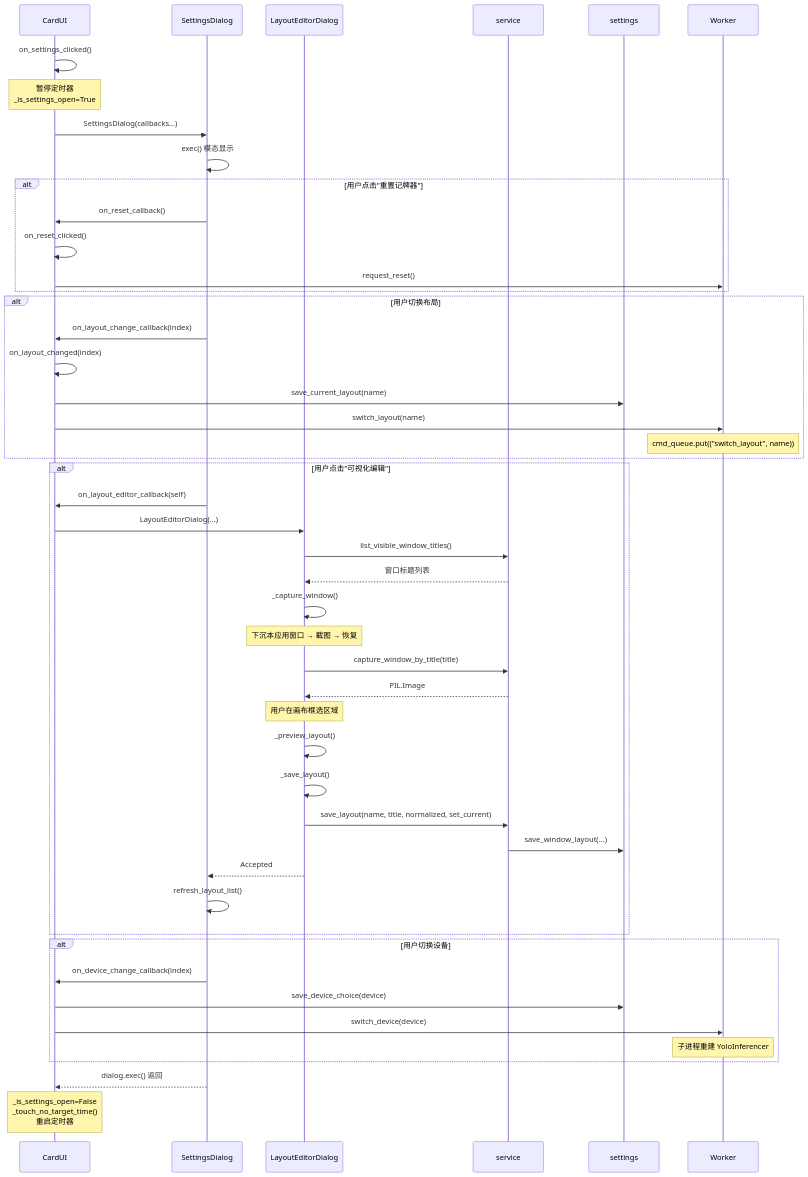
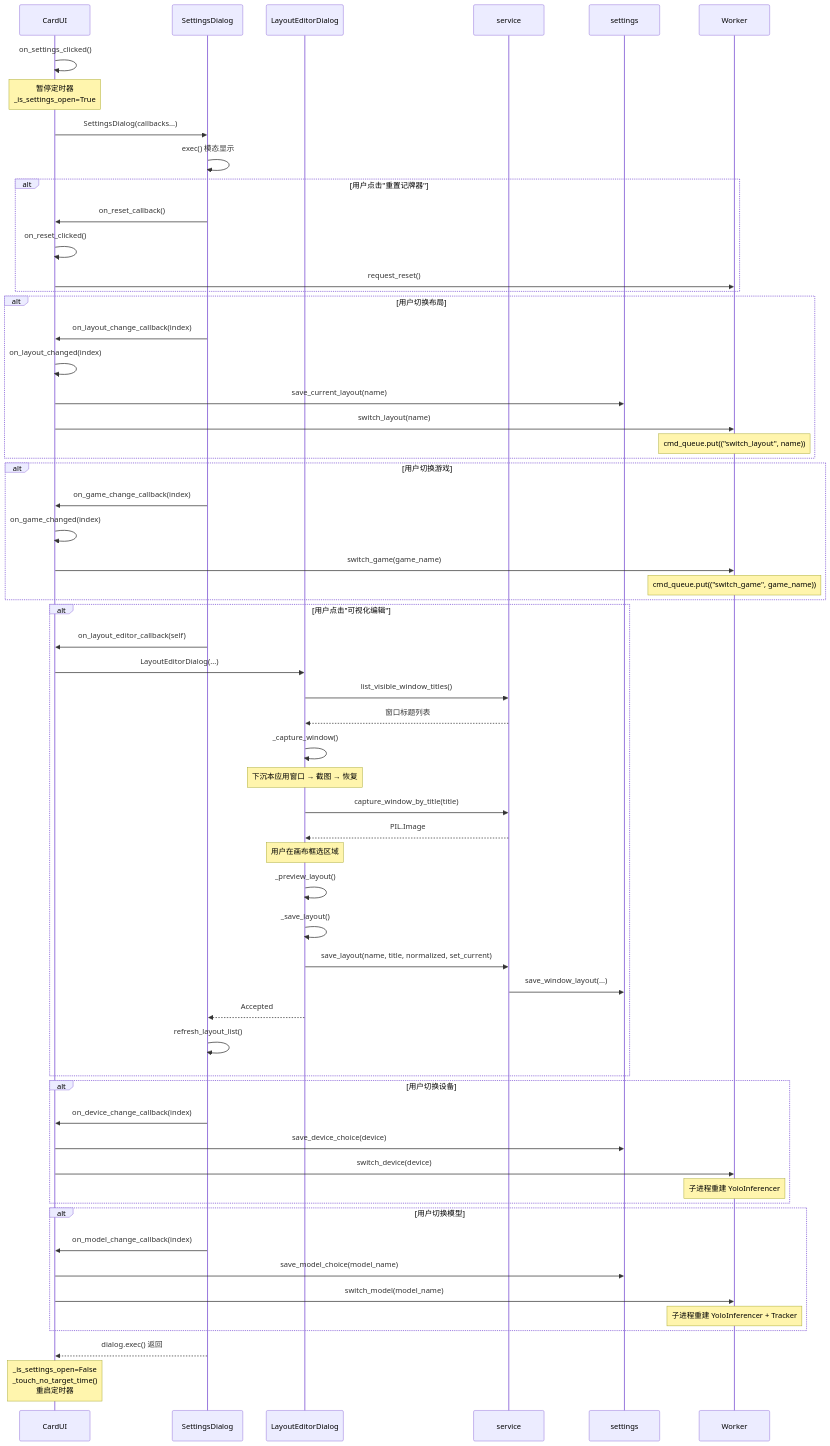
The third of 6 diagrams in docs/sequence-diagram.md (luckFan0519/han-card-tracker), drawn with Mermaid before and after one commit. The commit also changed other lines of this file and 12 other files, not shown here.

````diff
--- a/docs/sequence-diagram.md
+++ b/docs/sequence-diagram.md
@@ -124,55 +133,69 @@
 ```mermaid
 sequenceDiagram
     participant UI as CardUI
     participant SD as SettingsDialog
     participant LED as LayoutEditorDialog
     participant Service as service
     participant Settings as settings
 
     UI->>UI: on_settings_clicked()
     Note over UI: 暂停定时器<br/>_is_settings_open=True
     UI->>SD: SettingsDialog(callbacks...)
     SD->>SD: exec() 模态显示
 
     alt 用户点击"重置记牌器"
         SD->>UI: on_reset_callback()
         UI->>UI: on_reset_clicked()
         UI->>Worker: request_reset()
     end
 
     alt 用户切换布局
         SD->>UI: on_layout_change_callback(index)
         UI->>UI: on_layout_changed(index)
         UI->>Settings: save_current_layout(name)
         UI->>Worker: switch_layout(name)
         Note over Worker: cmd_queue.put(("switch_layout", name))
     end
 
+    alt 用户切换游戏
+        SD->>UI: on_game_change_callback(index)
+        UI->>UI: on_game_changed(index)
+        UI->>Worker: switch_game(game_name)
+        Note over Worker: cmd_queue.put(("switch_game", game_name))
+    end
+
     alt 用户点击"可视化编辑"
         SD->>UI: on_layout_editor_callback(self)
         UI->>LED: LayoutEditorDialog(...)
         LED->>Service: list_visible_window_titles()
         Service-->>LED: 窗口标题列表
         LED->>LED: _capture_window()
         Note over LED: 下沉本应用窗口 → 截图 → 恢复
         LED->>Service: capture_window_by_title(title)
         Service-->>LED: PIL.Image
         Note over LED: 用户在画布框选区域
         LED->>LED: _preview_layout()
         LED->>LED: _save_layout()
         LED->>Service: save_layout(name, title, normalized, set_current)
         Service->>Settings: save_window_layout(...)
         LED-->>SD: Accepted
         SD->>SD: refresh_layout_list()
     end
 
     alt 用户切换设备
         SD->>UI: on_device_change_callback(index)
         UI->>Settings: save_device_choice(device)
         UI->>Worker: switch_device(device)
         Note over Worker: 子进程重建 YoloInferencer
     end
 
+    alt 用户切换模型
+        SD->>UI: on_model_change_callback(index)
+        UI->>Settings: save_model_choice(model_name)
+        UI->>Worker: switch_model(model_name)
+        Note over Worker: 子进程重建 YoloInferencer + Tracker
+    end
+
     SD-->>UI: dialog.exec() 返回
     Note over UI: _is_settings_open=False<br/>_touch_no_target_time()<br/>重启定时器
 ```
````
